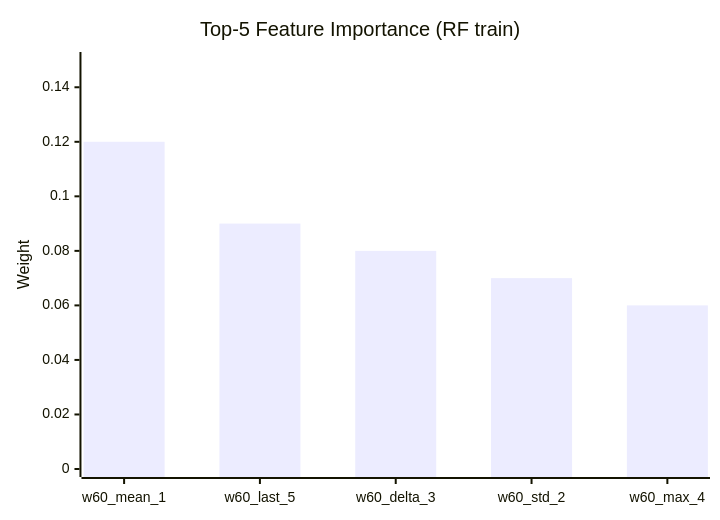
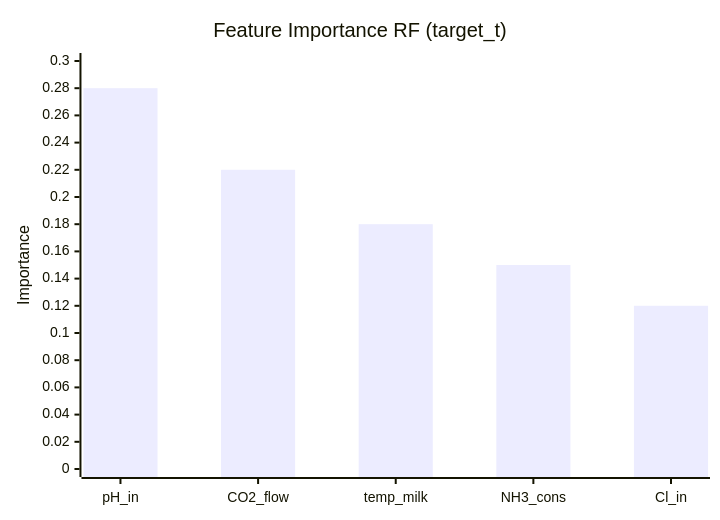
The sixth of 7 diagrams in experiments/soda-ml-nir_targetB_v6/README.md (Misha-42/soda-ml-carbonation-control), drawn with Mermaid before and after one commit. The commit also changed other lines of this file, not shown here.

````diff
--- a/experiments/soda-ml-nir_targetB_v6/README.md
+++ b/experiments/soda-ml-nir_targetB_v6/README.md
@@ -265,7 +210,7 @@
 ```mermaid
 xychart-beta
-    title "Top-5 Feature Importance (RF train)"
-    x-axis ["w60_mean_1", "w60_last_5", "w60_delta_3", "w60_std_2", "w60_max_4"]
-    y-axis "Weight" 0 --> 0.15
-    bar [0.12, 0.09, 0.08, 0.07, 0.06]
+    title "Feature Importance RF (target_t)"
+    x-axis ["pH_in", "CO2_flow", "temp_milk", "NH3_cons", "Cl_in"]
+    y-axis "Importance" 0 --> 0.3
+    bar [0.28, 0.22, 0.18, 0.15, 0.12]
 ```
````
